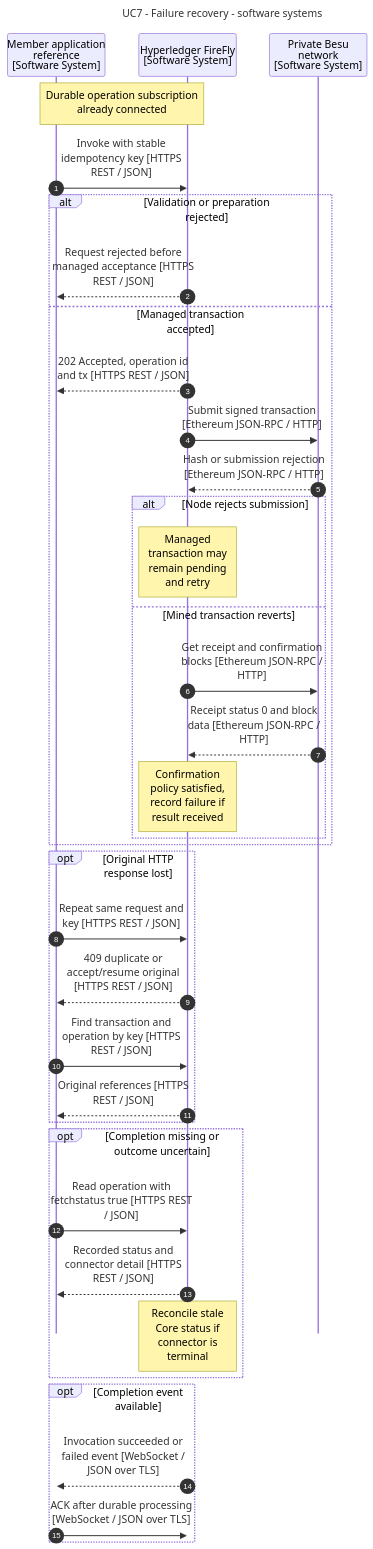
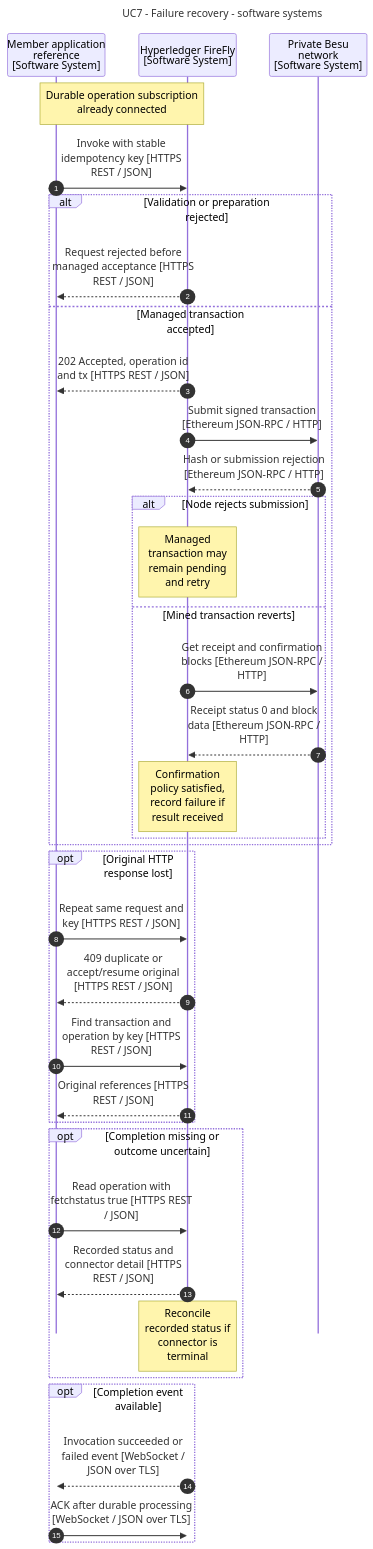
The first of 2 diagrams in docs/use-cases/firefly-besu/07-failures-and-recovery.md (katakumby/hl-firefly-c4), drawn with Mermaid before and after one commit. The commit also changed 99 other files, not shown here.

````diff
--- a/docs/use-cases/firefly-besu/07-failures-and-recovery.md
+++ b/docs/use-cases/firefly-besu/07-failures-and-recovery.md
@@ -39,48 +39,48 @@
 ```mermaid
 ---
 title: UC7 - Failure recovery - software systems
 config:
   theme: default
   sequence:
     mirrorActors: false
     wrap: true
 ---
 sequenceDiagram
     autonumber
 %% C4: App=apps; FF=firefly; Ledger=besu
     participant App as Member application<br/>reference<br/>[Software System]
     participant FF as Hyperledger FireFly<br/>[Software System]
     participant Ledger as Private Besu<br/>network<br/>[Software System]
 
     Note over App,FF: Durable operation subscription already connected
     App->>FF: Invoke with stable idempotency key [HTTPS REST / JSON]
     alt Validation or preparation rejected
         FF-->>App: Request rejected before managed acceptance [HTTPS REST / JSON]
     else Managed transaction accepted
         FF-->>App: 202 Accepted, operation id and tx [HTTPS REST / JSON]
         FF->>Ledger: Submit signed transaction [Ethereum JSON-RPC / HTTP]
         Ledger-->>FF: Hash or submission rejection [Ethereum JSON-RPC / HTTP]
         alt Node rejects submission
             Note over FF: Managed transaction may remain pending and retry
         else Mined transaction reverts
             FF->>Ledger: Get receipt and confirmation blocks [Ethereum JSON-RPC / HTTP]
             Ledger-->>FF: Receipt status 0 and block data [Ethereum JSON-RPC / HTTP]
             Note over FF: Confirmation policy satisfied, record failure if result received
         end
     end
     opt Original HTTP response lost
         App->>FF: Repeat same request and key [HTTPS REST / JSON]
         FF-->>App: 409 duplicate or accept/resume original [HTTPS REST / JSON]
         App->>FF: Find transaction and operation by key [HTTPS REST / JSON]
         FF-->>App: Original references [HTTPS REST / JSON]
     end
     opt Completion missing or outcome uncertain
         App->>FF: Read operation with fetchstatus true [HTTPS REST / JSON]
         FF-->>App: Recorded status and connector detail [HTTPS REST / JSON]
-        Note over FF: Reconcile stale Core status if connector is terminal
+        Note over FF: Reconcile recorded status if connector is terminal
     end
     opt Completion event available
         FF-->>App: Invocation succeeded or failed event [WebSocket / JSON over TLS]
         App->>FF: ACK after durable processing [WebSocket / JSON over TLS]
     end
 ```
````
